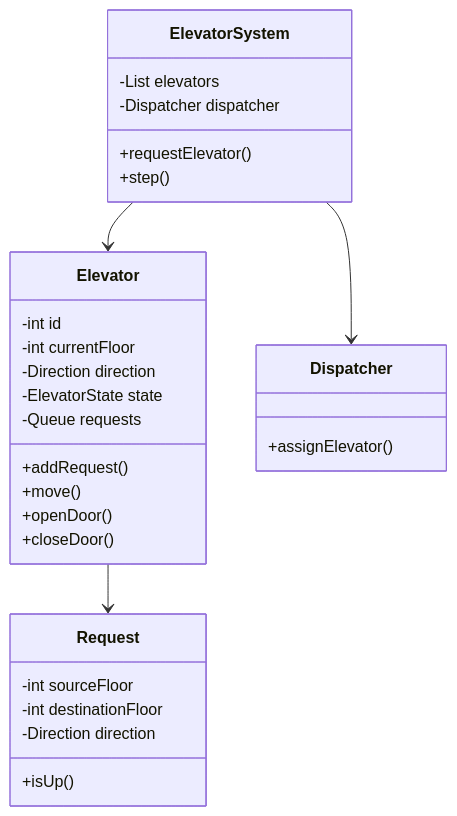
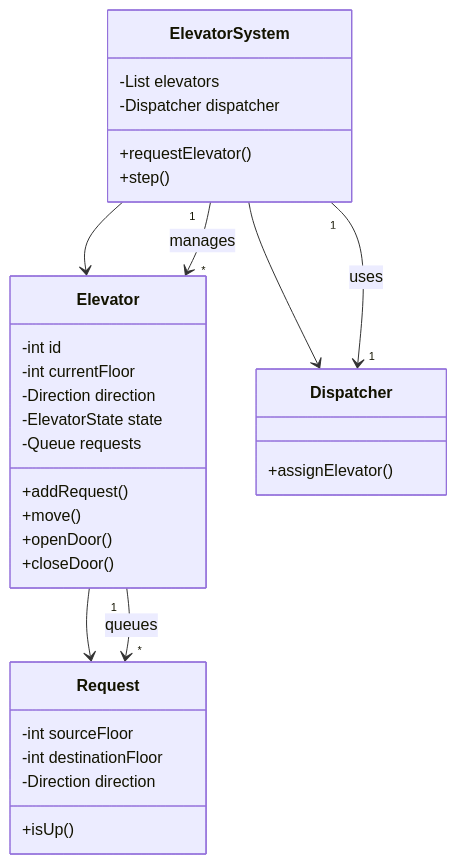
Before and after one commit to mthaiseer/springcloud-systemdesign-notes: the sixth of 19 diagrams in LLD_NOTES/lld_visual_java_reference_mermaid_full_implementation.md, drawn with Mermaid. The commit also changed other lines of this file, not shown here.

````diff
--- a/LLD_NOTES/lld_visual_java_reference_mermaid_full_implementation.md
+++ b/LLD_NOTES/lld_visual_java_reference_mermaid_full_implementation.md
@@ -1114,32 +1290,36 @@
 ```mermaid
 classDiagram
   class ElevatorSystem {
     -List elevators
     -Dispatcher dispatcher
     +requestElevator()
     +step()
   }
   class Elevator {
     -int id
     -int currentFloor
     -Direction direction
     -ElevatorState state
     -Queue requests
     +addRequest()
     +move()
     +openDoor()
     +closeDoor()
   }
   class Dispatcher {
     +assignElevator()
   }
   class Request {
     -int sourceFloor
     -int destinationFloor
     -Direction direction
     +isUp()
   }
   ElevatorSystem --> Dispatcher
   ElevatorSystem --> Elevator
   Elevator --> Request
+  %% Cardinality relationships
+  ElevatorSystem "1" --> "*" Elevator : manages
+  ElevatorSystem "1" --> "1" Dispatcher : uses
+  Elevator "1" --> "*" Request : queues
 ```
````
